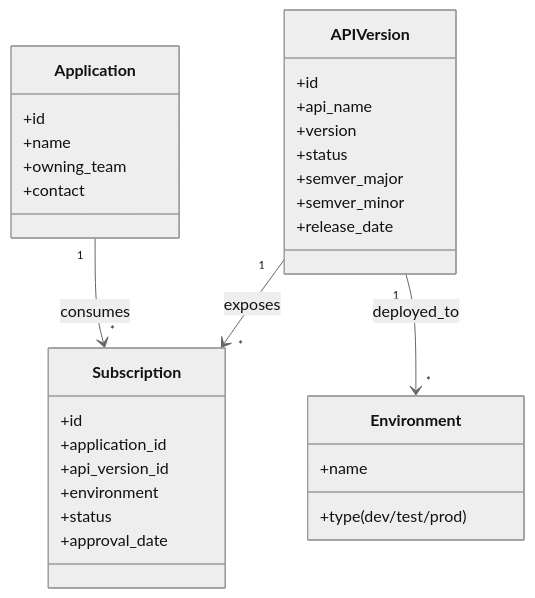
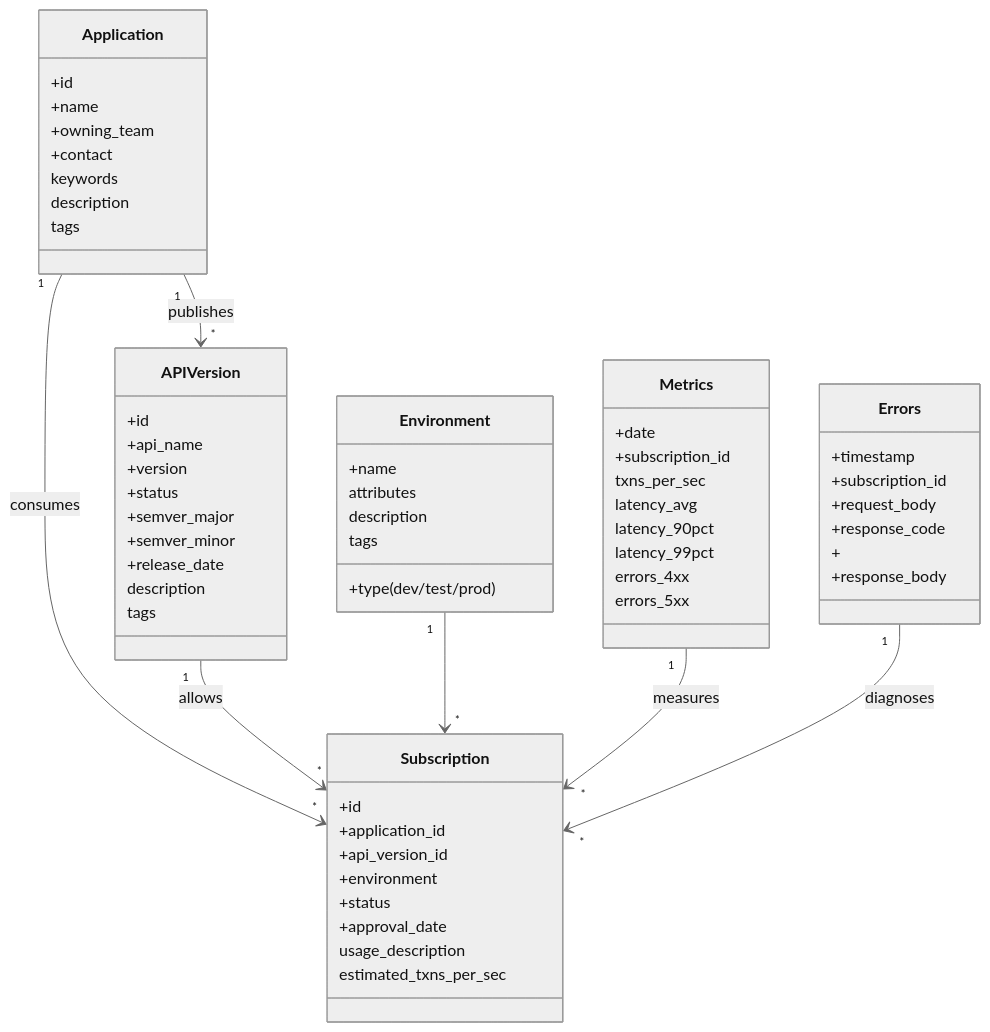
The second of 8 diagrams in technical-design.md (barbecuesteve/api-governance), drawn with Mermaid (neutral theme) before and after one commit. The commit also changed other lines of this file, not shown here.

````diff
--- a/technical-design.md
+++ b/technical-design.md
@@ -70,37 +70,70 @@
 ```mermaid
 classDiagram
     class Application {
         +id
         +name
         +owning_team
         +contact
+        keywords
+        description
+        tags
     }
 
     class APIVersion {
         +id
         +api_name
         +version
         +status
         +semver_major
         +semver_minor
         +release_date
+        description
+        tags
     }
 
     class Environment {
         +name
         +type(dev/test/prod)
+        attributes
+        description
+        tags
     }
 
     class Subscription {
         +id
         +application_id
         +api_version_id
         +environment
         +status
         +approval_date
+        usage_description
+        estimated_txns_per_sec
+    }
+
+    class Metrics {
+        +date
+        +subscription_id
+        txns_per_sec
+        latency_avg
+        latency_90pct
+        latency_99pct
+        errors_4xx
+        errors_5xx
+    }
+
+    class Errors {
+        +timestamp
+        +subscription_id
+        +request_body
+        +response_code
+        +
+        +response_body
     }
 
     Application "1" --> "*" Subscription : consumes
-    APIVersion "1" --> "*" Subscription : exposes
-    APIVersion "1" --> "*" Environment : deployed_to
+    APIVersion "1" --> "*" Subscription : allows
+    Application "1" --> "*" APIVersion : publishes
+    Environment "1" --> "*" Subscription 
+    Metrics "1" --> "*" Subscription : measures
+    Errors "1" --> "*" Subscription : diagnoses
 ```
````
